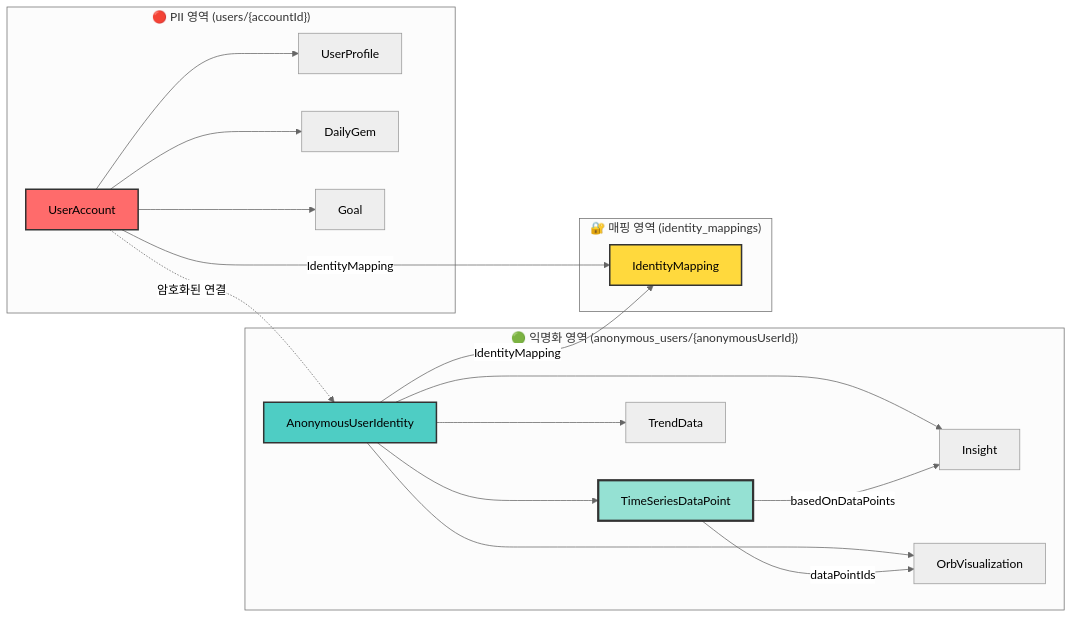
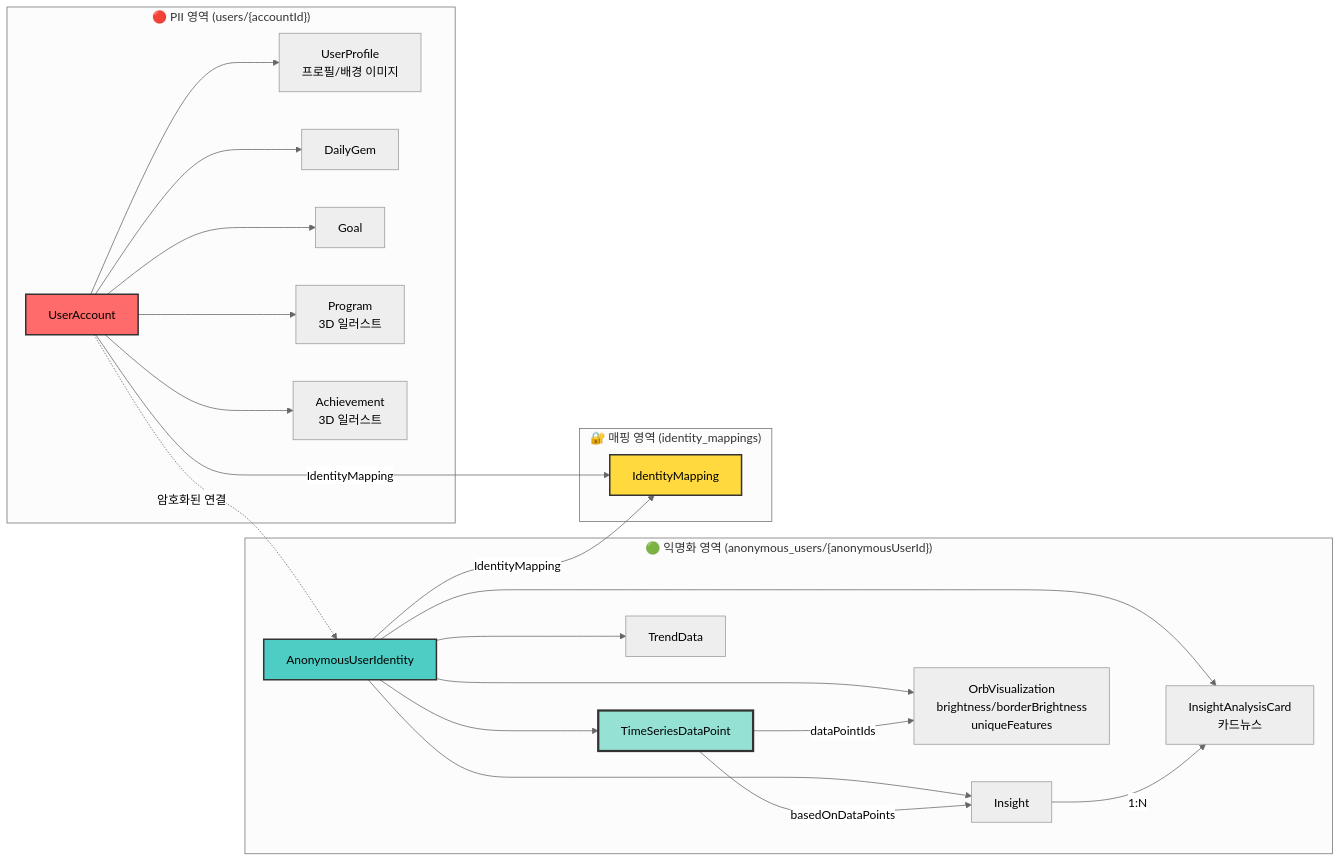
One commit to neomakes/neopip changed the second of 5 diagrams in 01_Planning/DB_MODEL_DESIGN.md. Above: the diagram before and after it, drawn with Mermaid (neutral theme). The commit also changed other lines of this file and 7 other files, not shown here.

````diff
--- a/01_Planning/DB_MODEL_DESIGN.md
+++ b/01_Planning/DB_MODEL_DESIGN.md
@@ -158,42 +161,49 @@
 ```mermaid
 graph LR
     subgraph PII["🔴 PII 영역 (users/{accountId})"]
         UA[UserAccount]
-        UP[UserProfile]
+        UP[UserProfile<br/>프로필/배경 이미지]
         DG[DailyGem]
         G[Goal]
+        P[Program<br/>3D 일러스트]
+        A[Achievement<br/>3D 일러스트]
     end
     
     subgraph Anonymous["🟢 익명화 영역 (anonymous_users/{anonymousUserId})"]
         AUI[AnonymousUserIdentity]
         TSP[TimeSeriesDataPoint]
         INS[Insight]
-        OV[OrbVisualization]
+        OV[OrbVisualization<br/>brightness/borderBrightness<br/>uniqueFeatures]
         TD[TrendData]
+        IAC[InsightAnalysisCard<br/>카드뉴스]
     end
     
     subgraph Mapping["🔐 매핑 영역 (identity_mappings)"]
         IM[IdentityMapping]
     end
     
     UA -->|IdentityMapping| IM
     AUI -->|IdentityMapping| IM
     UA -.->|암호화된 연결| AUI
     
     UA --> UP
     UA --> DG
     UA --> G
+    UA --> P
+    UA --> A
     
     AUI --> TSP
     AUI --> INS
     AUI --> OV
     AUI --> TD
+    AUI --> IAC
     
     TSP -->|basedOnDataPoints| INS
     TSP -->|dataPointIds| OV
+    INS -->|1:N| IAC
     
     style UA fill:#ff6b6b,stroke:#333,stroke-width:2px
     style AUI fill:#4ecdc4,stroke:#333,stroke-width:2px
     style IM fill:#ffd93d,stroke:#333,stroke-width:2px
     style TSP fill:#95e1d3,stroke:#333,stroke-width:3px
 ```
````
